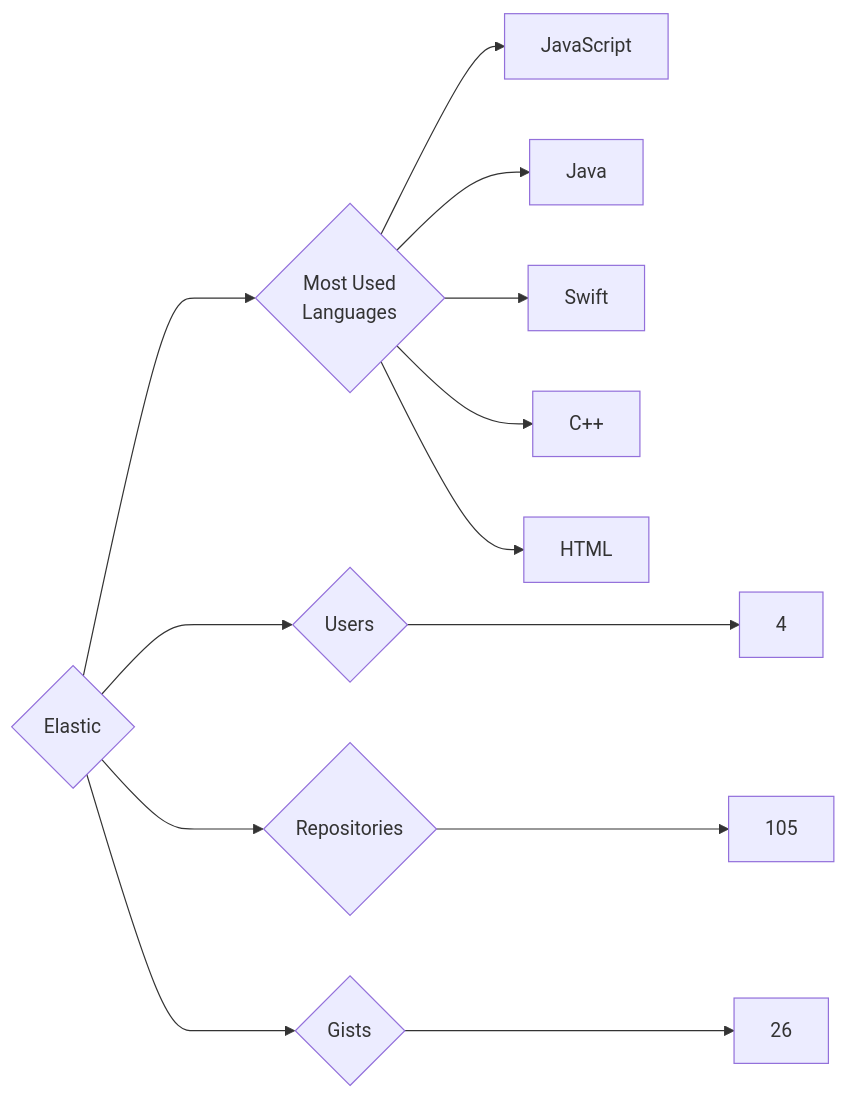
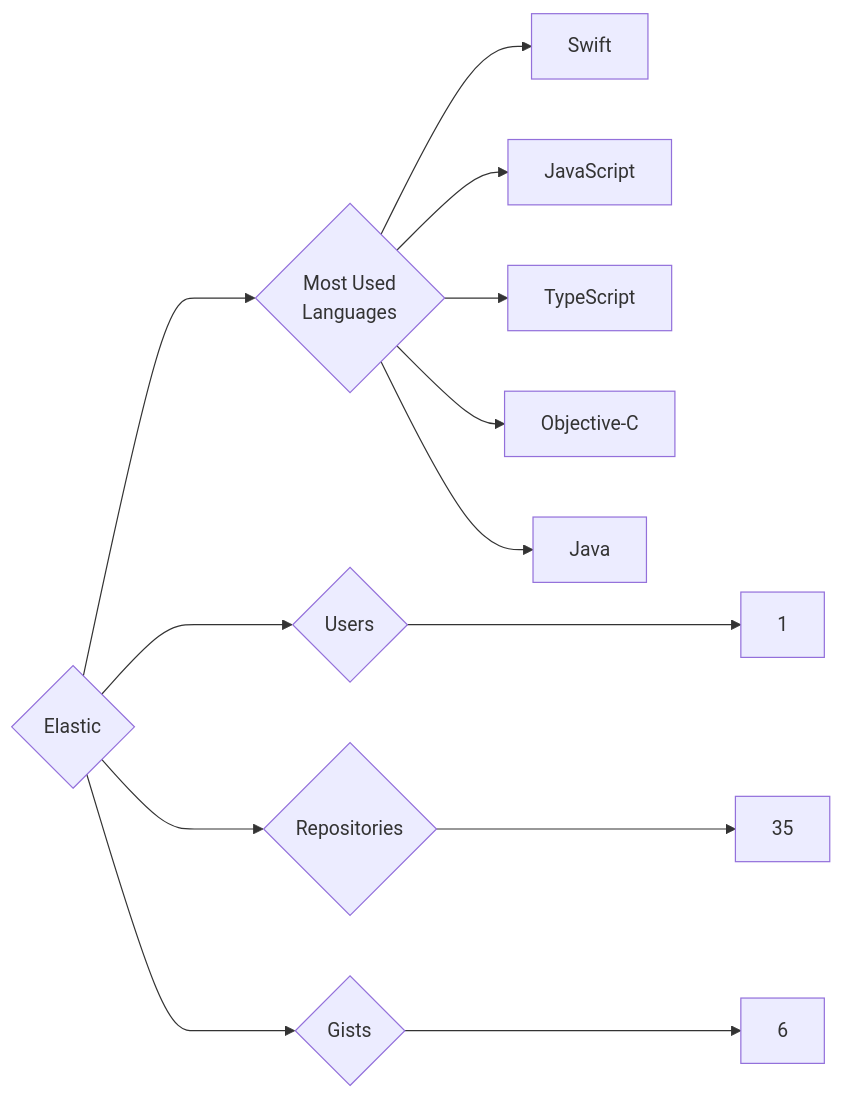
Before and after one commit to trickest/insiders: the diagram in targets/Elastic/README.md, drawn with Mermaid. The commit also changed 1055 other files, not shown here.

````diff
--- a/targets/Elastic/README.md
+++ b/targets/Elastic/README.md
@@ -3,13 +3,13 @@
 ```mermaid
 graph LR
 COMPANY_NAME{Elastic}
-COMPANY_NAME ---> U{Users} ---> UN[4]
-COMPANY_NAME ---> R{Repositories} ---> RN[105]
-COMPANY_NAME ---> G{Gists} ---> GN[26]
+COMPANY_NAME ---> U{Users} ---> UN[1]
+COMPANY_NAME ---> R{Repositories} ---> RN[35]
+COMPANY_NAME ---> G{Gists} ---> GN[6]
 COMPANY_NAME ---> ML{Most Used<br>Languages}
+ML --> Swift[Swift]
 ML --> JavaScript[JavaScript]
+ML --> TypeScript[TypeScript]
+ML --> Objective-C[Objective-C]
 ML --> Java[Java]
-ML --> Swift[Swift]
-ML --> C++[C++]
-ML --> HTML[HTML]
 ```
````
